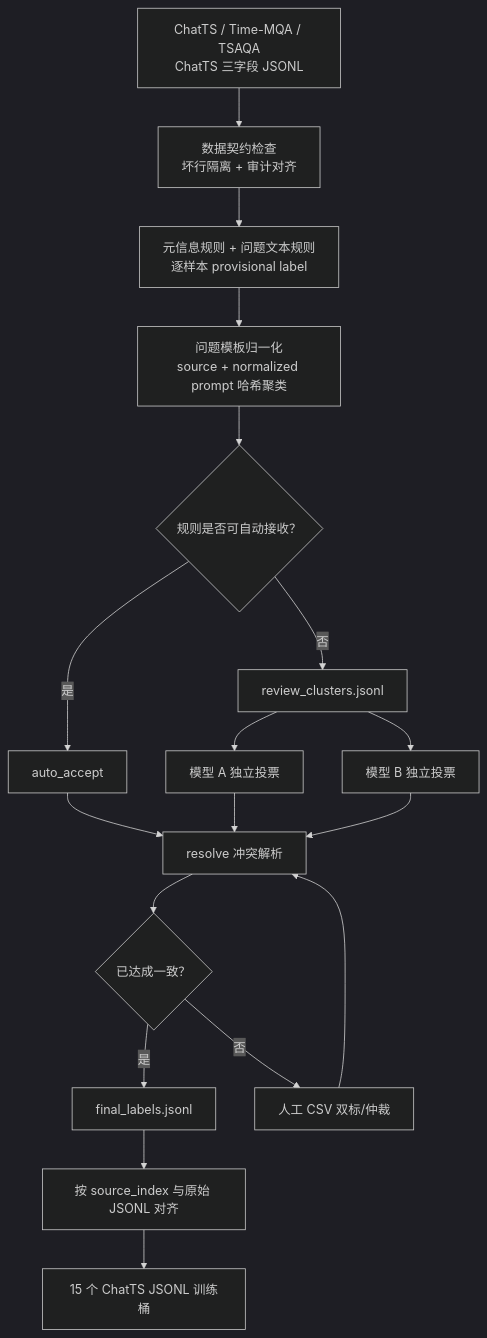
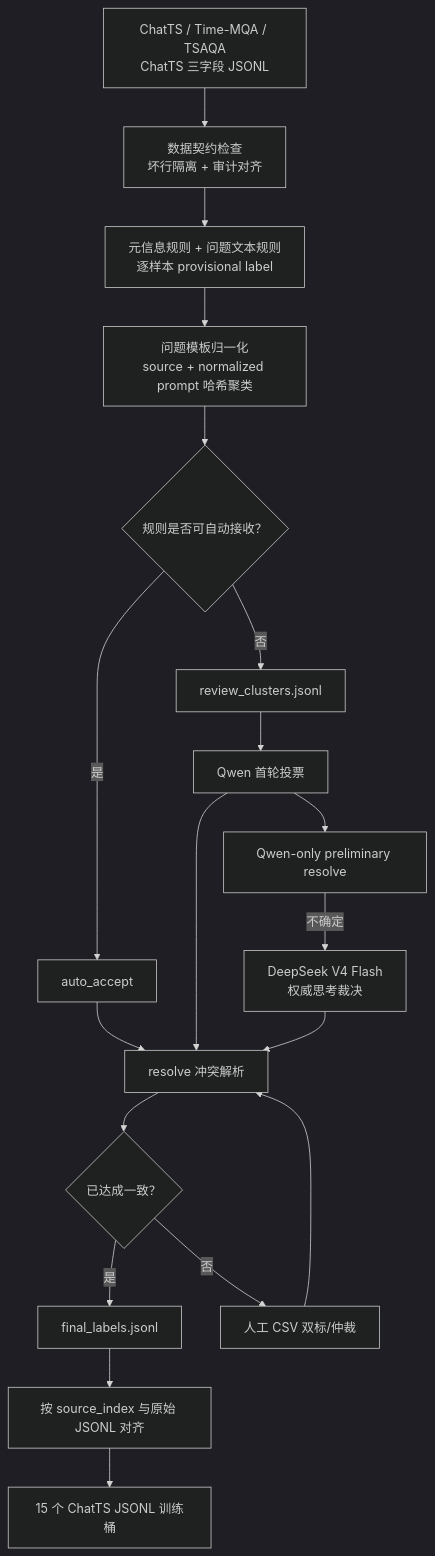
The diagram in datataste/docs/tsrbench-4x15-annotation-pipeline-technical.md (Sweewangyu/fx), drawn with Mermaid (dark theme) before and after one commit. The commit also changed other lines of this file and 4 other files, not shown here.

Commit message:
feat: add authoritative DeepSeek adjudication

````diff
--- a/datataste/docs/tsrbench-4x15-annotation-pipeline-technical.md
+++ b/datataste/docs/tsrbench-4x15-annotation-pipeline-technical.md
@@ -36,20 +37,21 @@
 ```mermaid
 flowchart TD
     A["ChatTS / Time-MQA / TSAQA<br/>ChatTS 三字段 JSONL"] --> B["数据契约检查<br/>坏行隔离 + 审计对齐"]
     B --> C["元信息规则 + 问题文本规则<br/>逐样本 provisional label"]
     C --> D["问题模板归一化<br/>source + normalized prompt 哈希聚类"]
     D --> E{"规则是否可自动接收？"}
     E -->|是| F["auto_accept"]
     E -->|否| G["review_clusters.jsonl"]
-    G --> H["模型 A 独立投票"]
-    G --> I["模型 B 独立投票"]
+    G --> H["Qwen 首轮投票"]
+    H --> P["Qwen-only preliminary resolve"]
+    P -->|不确定| I["DeepSeek V4 Flash<br/>权威思考裁决"]
     F --> J["resolve 冲突解析"]
     H --> J
     I --> J
     J --> K{"已达成一致？"}
     K -->|是| L["final_labels.jsonl"]
     K -->|否| M["人工 CSV 双标/仲裁"]
     M --> J
     L --> N["按 source_index 与原始 JSONL 对齐"]
     N --> O["15 个 ChatTS JSONL 训练桶"]
 ```
````
